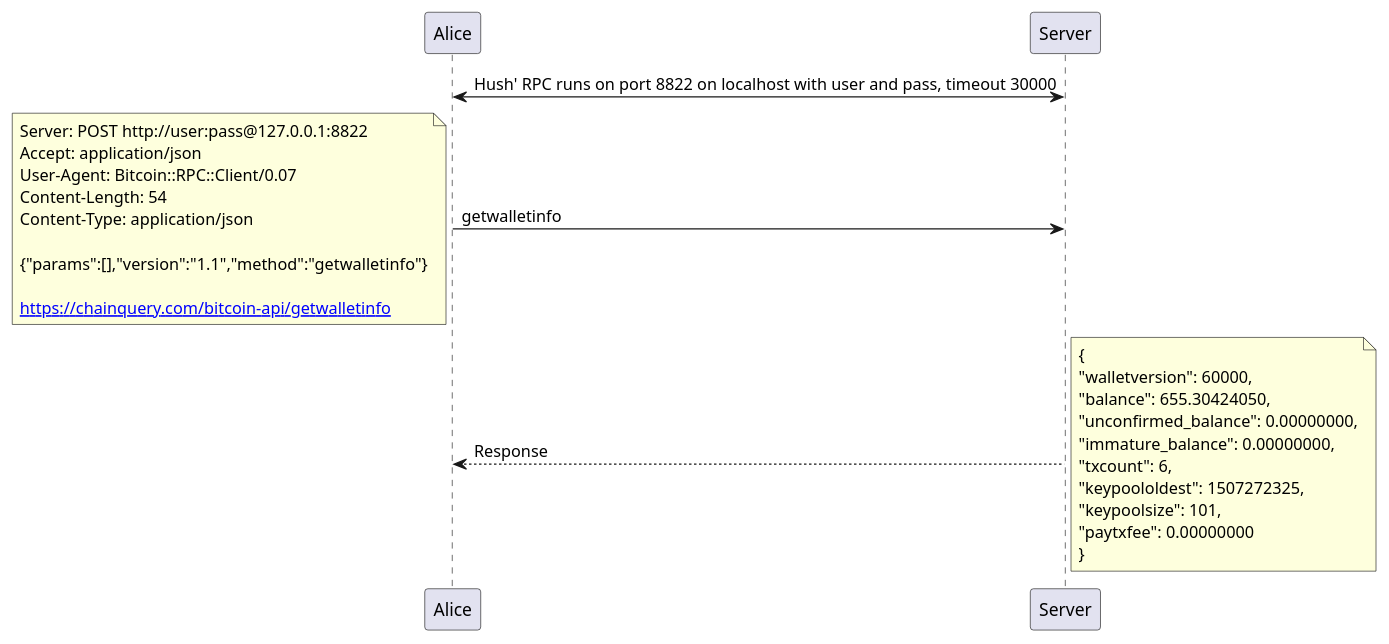
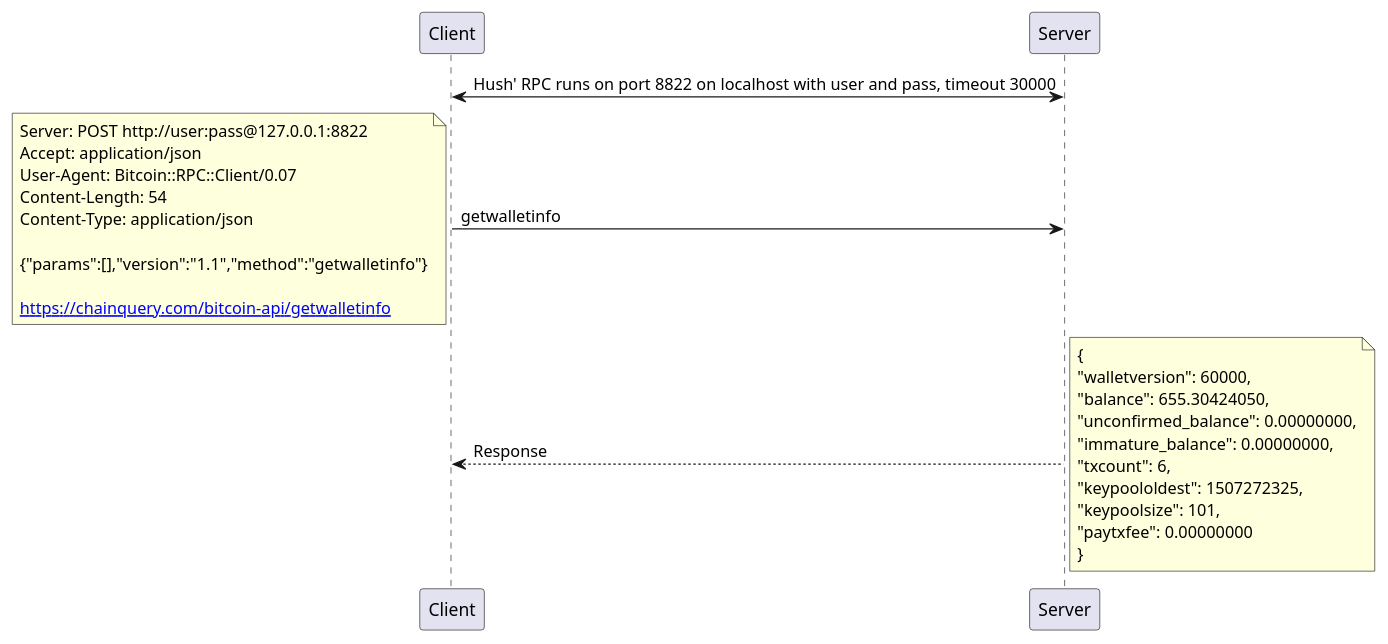
One commit to MyHush/messenger changed the diagram in uml/bitcoin-client-communication-json-rpc-plantUML.wsd. Above: the diagram before and after it, drawn with PlantUML. The commit also changed 1 other file, not shown here.

```diff
--- a/uml/bitcoin-client-communication-json-rpc-plantUML.wsd
+++ b/uml/bitcoin-client-communication-json-rpc-plantUML.wsd
@@ -1,31 +1,31 @@
 @startuml
 
-Alice <-> Server: Hush' RPC runs on port 8822 on localhost with user and pass, timeout 30000
+Client <-> Server: Hush' RPC runs on port 8822 on localhost with user and pass, timeout 30000
 
-Alice -> Server: getwalletinfo
+Client -> Server: getwalletinfo
 note left
   Server: POST http://user:pass@127.0.0.1:8822
   Accept: application/json
   User-Agent: Bitcoin::RPC::Client/0.07
   Content-Length: 54
   Content-Type: application/json
 
   {"params":[],"version":"1.1","method":"getwalletinfo"}
 
   [[https://chainquery.com/bitcoin-api/getwalletinfo]]
 end note
 
-Alice <-- Server: Response
+Client <-- Server: Response
 note right
   {
   "walletversion": 60000,
   "balance": 655.30424050,
   "unconfirmed_balance": 0.00000000,
   "immature_balance": 0.00000000,
   "txcount": 6,
   "keypoololdest": 1507272325,
   "keypoolsize": 101,
   "paytxfee": 0.00000000
   }
 end note
 @enduml
```
